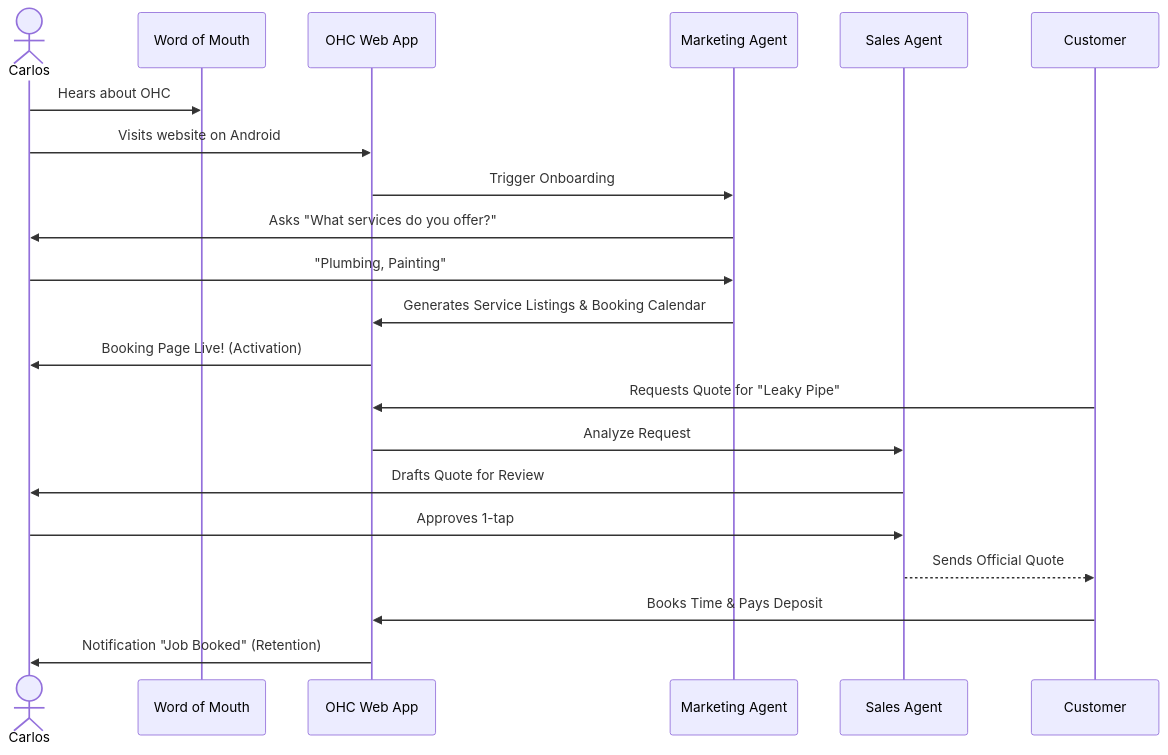
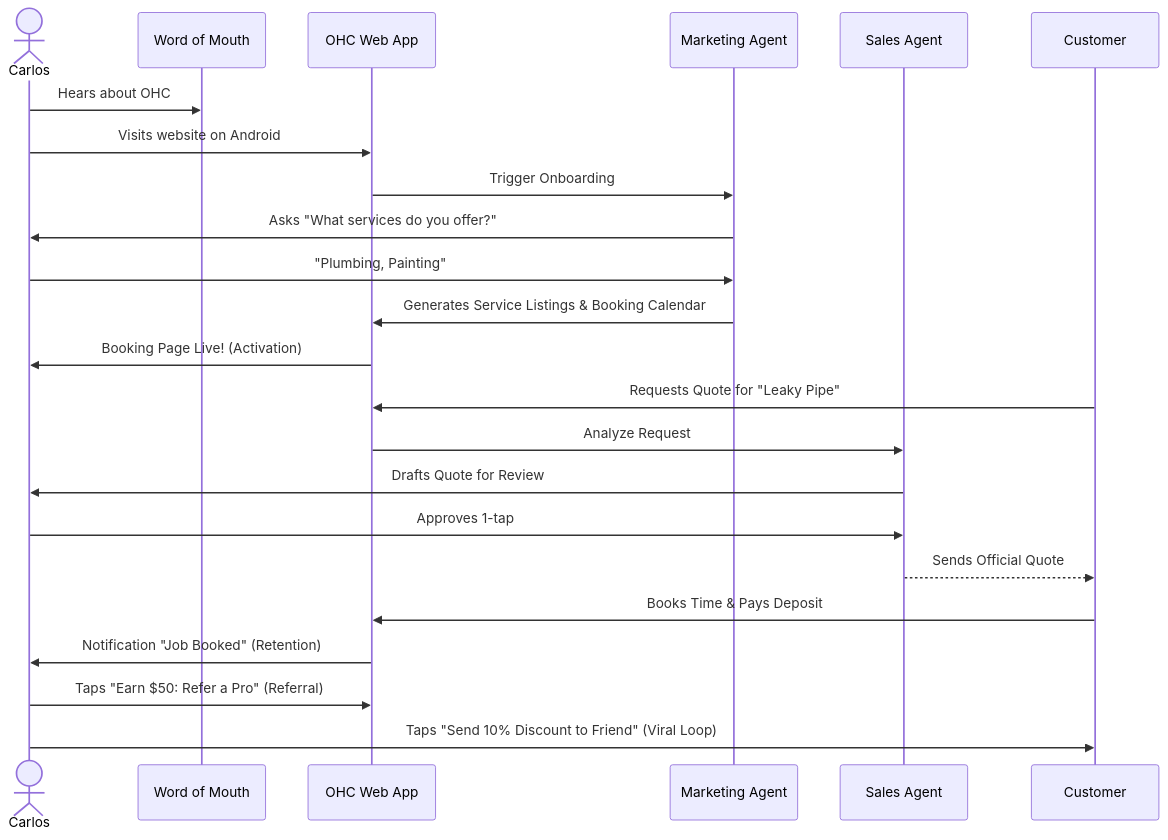
Before and after one commit to omnisolo-llc/onehumancorp: the second of 5 diagrams in docs/research/[architecture]_business_journey.md, drawn with Mermaid. The commit also changed other lines of this file and 4 other files, not shown here.

First line of the commit message:
docs(research): consolidate architectural blueprints for KAIROS swarm

````diff
--- a/docs/research/[architecture]_business_journey.md
+++ b/docs/research/[architecture]_business_journey.md
@@ -68,24 +71,26 @@
 ```mermaid
 sequenceDiagram
     actor Carlos
     participant WoM as Word of Mouth
     participant OHC as OHC Web App
     participant AI_Mark as Marketing Agent
     participant AI_Sales as Sales Agent
     participant Cust as Customer
 
     Carlos->>WoM: Hears about OHC
     Carlos->>OHC: Visits website on Android
     OHC->>AI_Mark: Trigger Onboarding
     AI_Mark->>Carlos: Asks "What services do you offer?"
     Carlos->>AI_Mark: "Plumbing, Painting"
     AI_Mark->>OHC: Generates Service Listings & Booking Calendar
     OHC->>Carlos: Booking Page Live! (Activation)
     Cust->>OHC: Requests Quote for "Leaky Pipe"
     OHC->>AI_Sales: Analyze Request
     AI_Sales->>Carlos: Drafts Quote for Review
     Carlos->>AI_Sales: Approves 1-tap
     AI_Sales-->>Cust: Sends Official Quote
     Cust->>OHC: Books Time & Pays Deposit
     OHC->>Carlos: Notification "Job Booked" (Retention)
+    Carlos->>OHC: Taps "Earn $50: Refer a Pro" (Referral)
+    Carlos->>Cust: Taps "Send 10% Discount to Friend" (Viral Loop)
 ```
````
